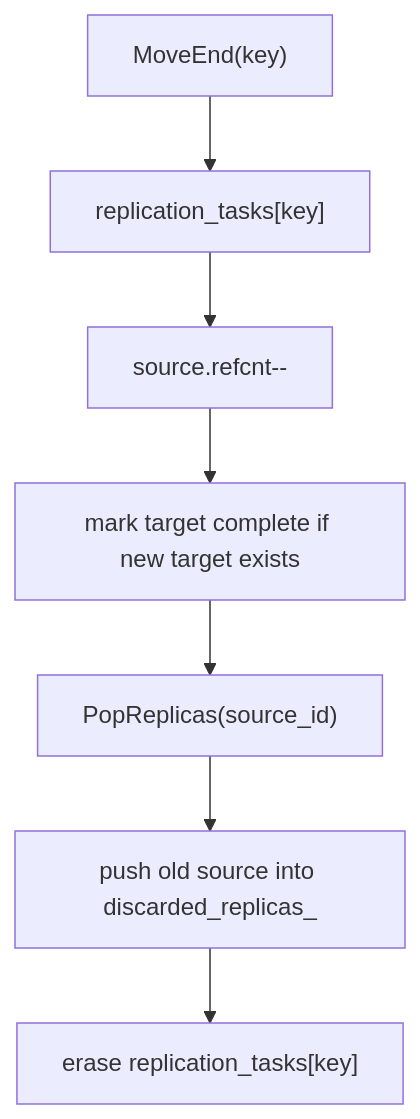
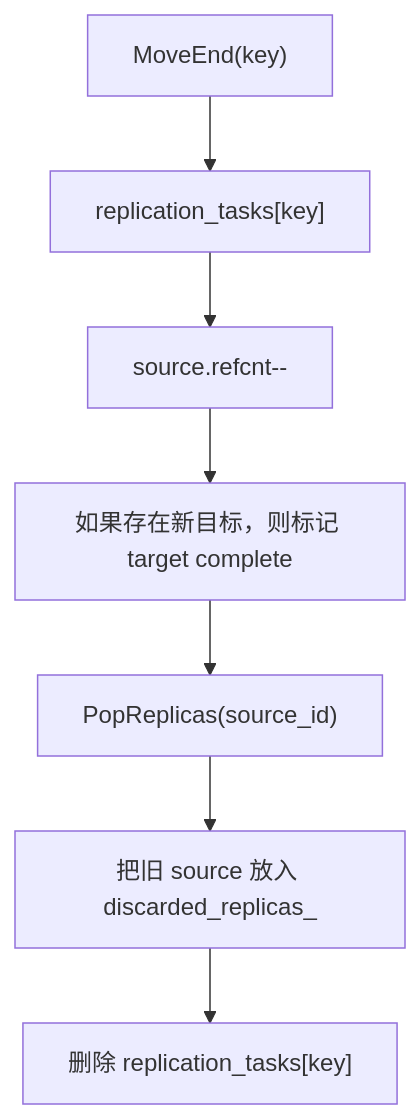
Before and after one commit to bigboywwn/AI_coding: the seventh of 7 diagrams in docs/mooncake-masterservice-structures.md, drawn with Mermaid. The commit also changed other lines of this file and 3 other files, not shown here.

````diff
--- a/docs/mooncake-masterservice-structures.md
+++ b/docs/mooncake-masterservice-structures.md
@@ -291,9 +294,9 @@
 ```mermaid
 flowchart TD
   A["MoveEnd(key)"] --> B["replication_tasks[key]"]
   B --> C["source.refcnt--"]
-  C --> D["mark target complete if new target exists"]
+  C --> D["如果存在新目标，则标记 target complete"]
   D --> E["PopReplicas(source_id)"]
-  E --> F["push old source into discarded_replicas_"]
-  F --> G["erase replication_tasks[key]"]
+  E --> F["把旧 source 放入 discarded_replicas_"]
+  F --> G["删除 replication_tasks[key]"]
 ```
````
